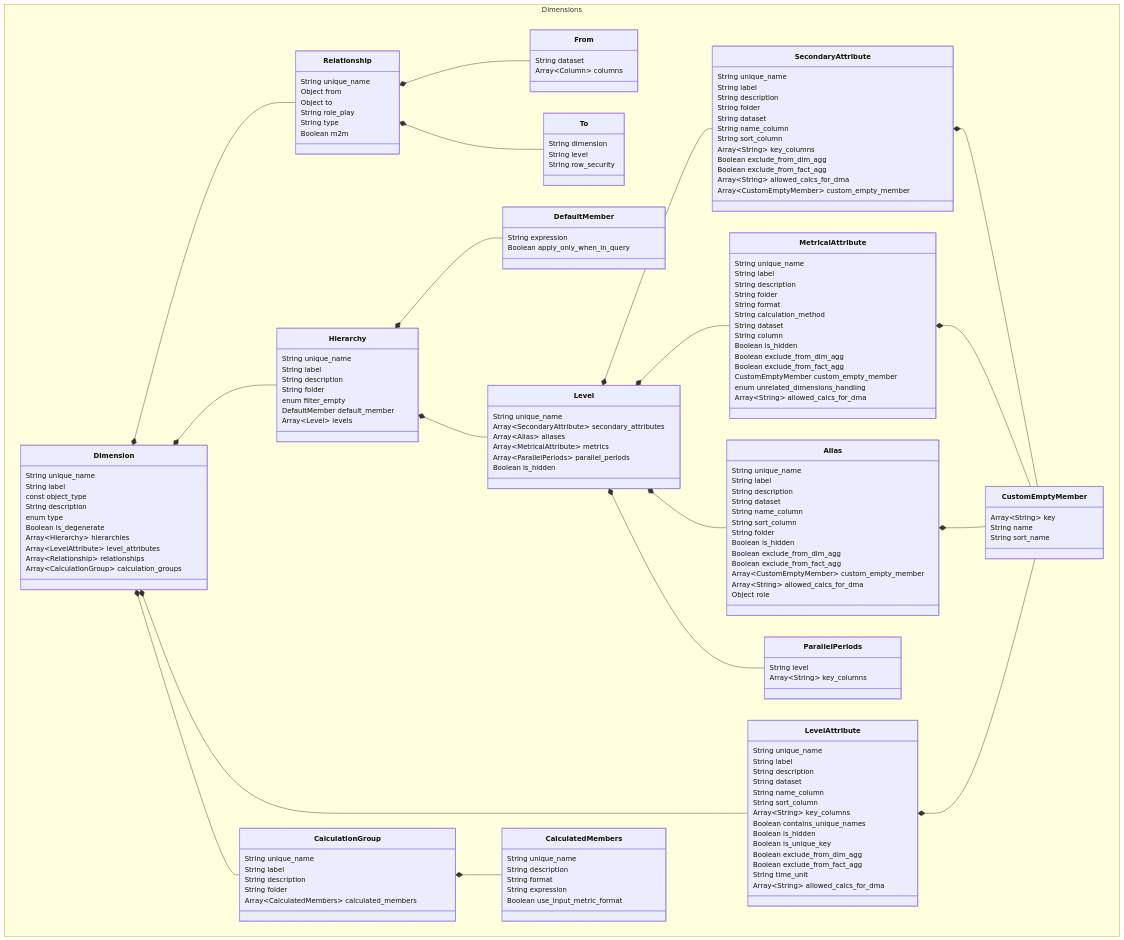
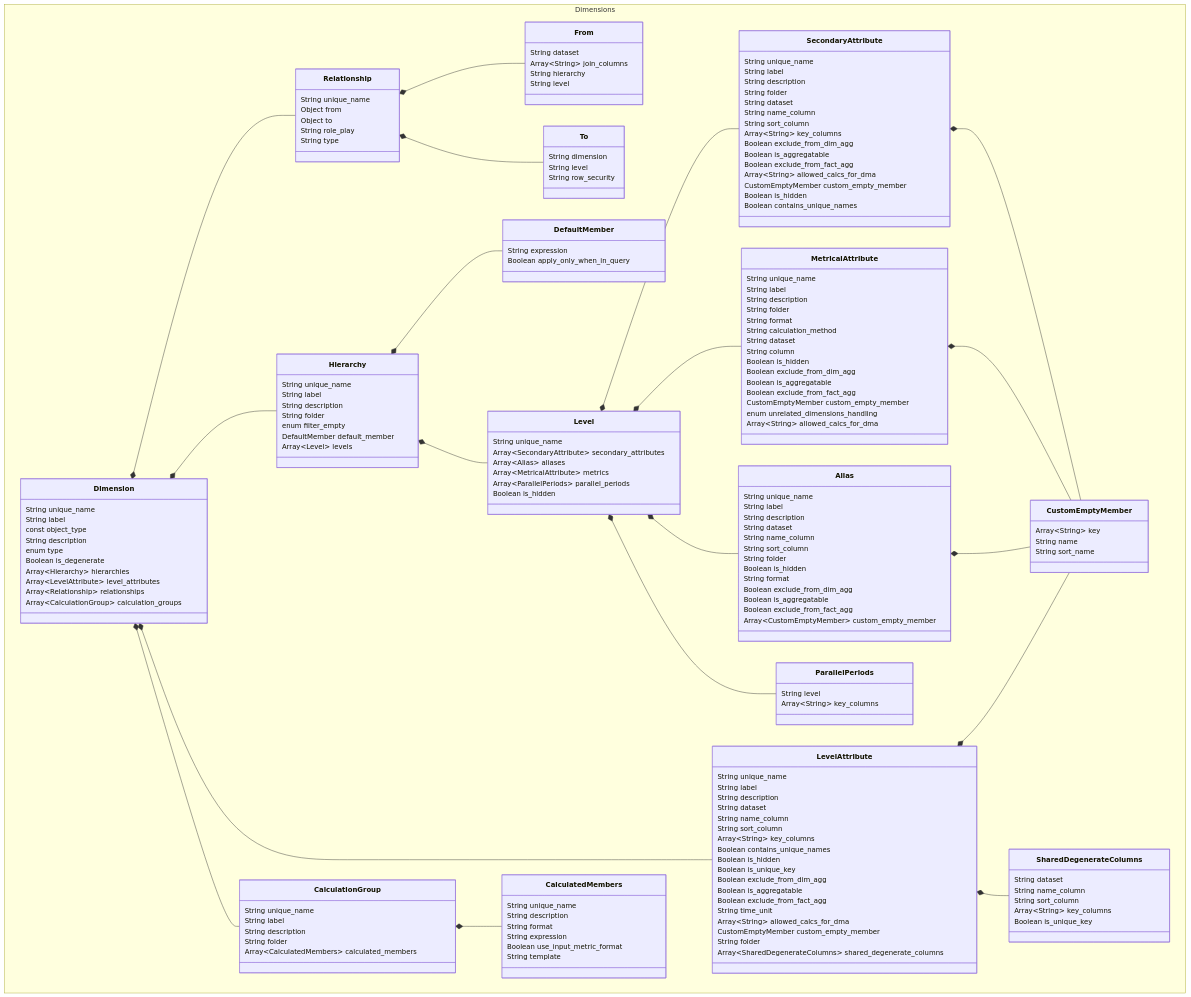
Before and after one commit to AlchemyTechLabsInc/SML: the diagram in sml-reference/dimension.md, drawn with Mermaid. The commit also changed other lines of this file, not shown here.

Commit message:
feat: update level_attributes and some level props

````diff
--- a/sml-reference/dimension.md
+++ b/sml-reference/dimension.md
@@ -157,6 +157,7 @@
     Hierarchy *-- DefaultMember
     Hierarchy *-- Level
     LevelAttribute *-- CustomEmptyMember
+    LevelAttribute *-- SharedDegenerateColumns
     Level *-- SecondaryAttribute
     Level *-- MetricalAttribute
     Level *-- Alias
@@ -184,11 +185,12 @@
       Object to
       String role_play
       String type
-      Boolean m2m
     }
     class From{
       String dataset
-      Array~Column~ columns
+      Array~String~ join_columns
+      String hierarchy
+      String level
     }
     class To{
       String dimension
@@ -225,11 +227,11 @@
       String sort_column
       String folder
       Boolean is_hidden
+      String format
       Boolean exclude_from_dim_agg
+      Boolean is_aggregatable
       Boolean exclude_from_fact_agg
       Array~CustomEmptyMember~ custom_empty_member
-      Array~String~ allowed_calcs_for_dma
-      Object role
     }
     class MetricalAttribute{
       String unique_name
@@ -242,6 +244,7 @@
       String column
       Boolean is_hidden
       Boolean exclude_from_dim_agg
+      Boolean is_aggregatable
       Boolean exclude_from_fact_agg
       CustomEmptyMember custom_empty_member
       enum unrelated_dimensions_handling
@@ -263,9 +266,20 @@
       Boolean is_hidden
       Boolean is_unique_key
       Boolean exclude_from_dim_agg
+      Boolean is_aggregatable
       Boolean exclude_from_fact_agg
       String time_unit
       Array~String~ allowed_calcs_for_dma
+      CustomEmptyMember custom_empty_member
+      String folder
+      Array~SharedDegenerateColumns~ shared_degenerate_columns
+    }
+    class SharedDegenerateColumns {
+      String dataset
+      String name_column
+      String sort_column
+      Array~String~ key_columns
+      Boolean is_unique_key
     }
     class SecondaryAttribute{
       String unique_name
@@ -277,9 +291,12 @@
       String sort_column
       Array~String~ key_columns
       Boolean exclude_from_dim_agg
+      Boolean is_aggregatable
       Boolean exclude_from_fact_agg
       Array~String~ allowed_calcs_for_dma
-      Array~CustomEmptyMember~ custom_empty_member
+      CustomEmptyMember custom_empty_member
+      Boolean is_hidden
+      Boolean contains_unique_names
     }
     class CustomEmptyMember{
       Array~String~ key
@@ -299,6 +316,7 @@
       String format
       String expression
       Boolean use_input_metric_format
+      String template
     }
 }
 ```
````
